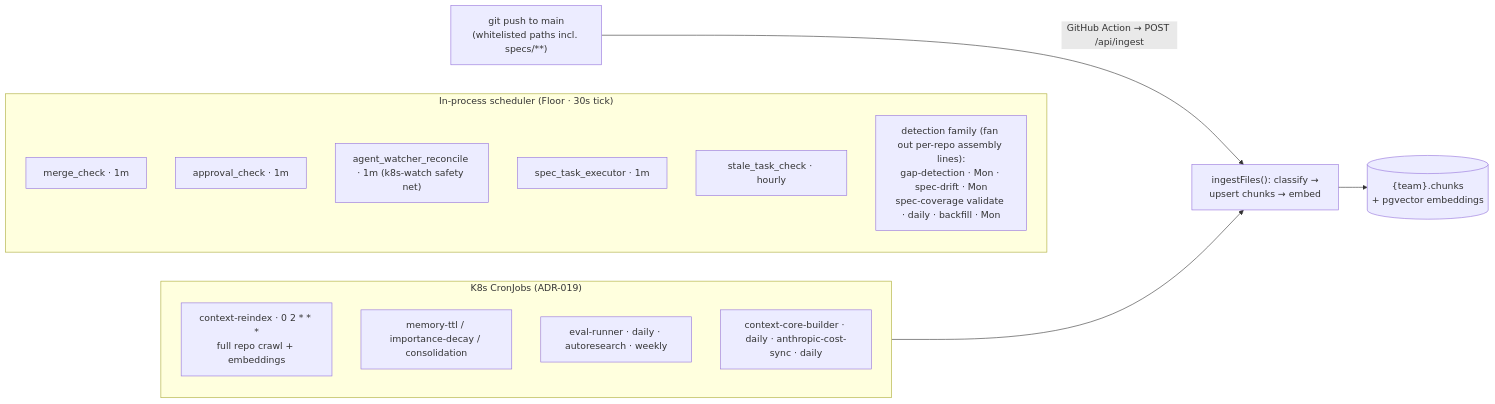
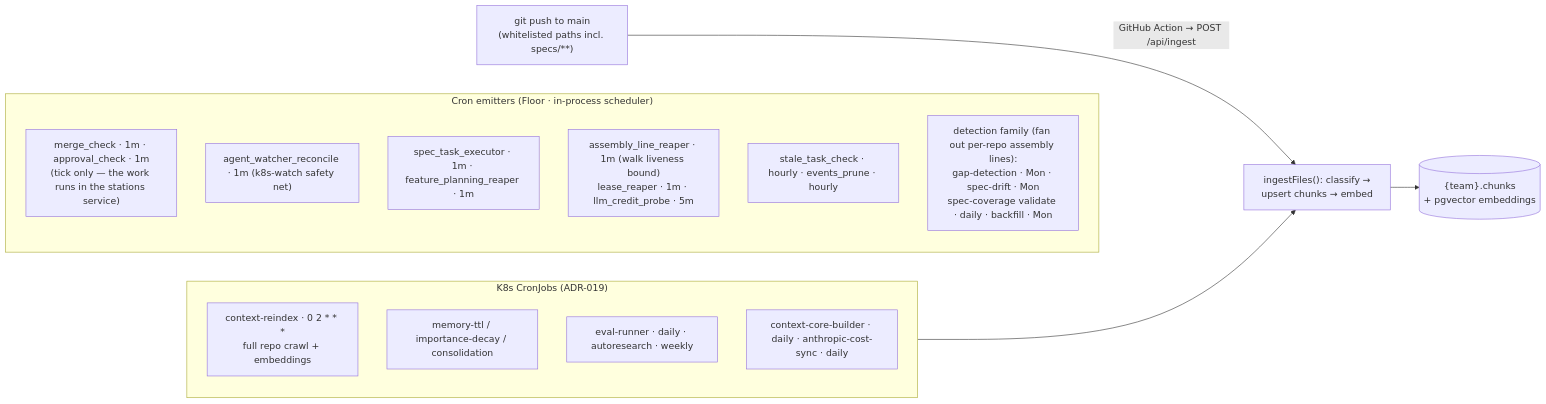
One commit to re-cinq/lore changed the third of 3 diagrams in docs/building-lore/architecture.md. Above: the diagram before and after it, drawn with Mermaid. The commit also changed other lines of this file and 5 other files, not shown here.

First line of the commit message:
docs: correct the architecture docs for event-router, cluster-agent, and stations

````diff
--- a/docs/building-lore/architecture.md
+++ b/docs/building-lore/architecture.md
@@ -82,24 +99,24 @@
 ```mermaid
 flowchart LR
-    subgraph inproc["In-process scheduler (Floor · 30s tick)"]
+    subgraph inproc["Cron emitters (Floor · in-process scheduler)"]
         direction TB
-        J1["merge_check · 1m"]
-        J2["approval_check · 1m"]
+        J1["merge_check · 1m · approval_check · 1m<br/>(tick only — the work runs in the stations service)"]
         J4["agent_watcher_reconcile · 1m (k8s-watch safety net)"]
-        J5["spec_task_executor · 1m"]
-        J6["stale_task_check · hourly"]
+        J5["spec_task_executor · 1m · feature_planning_reaper · 1m"]
+        J8["assembly_line_reaper · 1m (walk liveness bound)<br/>lease_reaper · 1m · llm_credit_probe · 5m"]
+        J6["stale_task_check · hourly · events_prune · hourly"]
         J7["detection family (fan out per-repo assembly lines):<br/>gap-detection · Mon · spec-drift · Mon<br/>spec-coverage validate · daily · backfill · Mon"]
     end
 
     subgraph k8scron["K8s CronJobs (ADR-019)"]
         direction TB
         C1["context-reindex · 0 2 * * *<br/>full repo crawl + embeddings"]
         C5["memory-ttl / importance-decay / consolidation"]
         C6["eval-runner · daily · autoresearch · weekly"]
         C7["context-core-builder · daily · anthropic-cost-sync · daily"]
     end
 
     PUSH["git push to main<br/>(whitelisted paths incl. specs/**)"] -->|"GitHub Action → POST /api/ingest"| ING["ingestFiles(): classify →<br/>upsert chunks → embed"]
     C1 --> ING
     ING --> DB[("{team}.chunks<br/>+ pgvector embeddings")]
 ```
````
